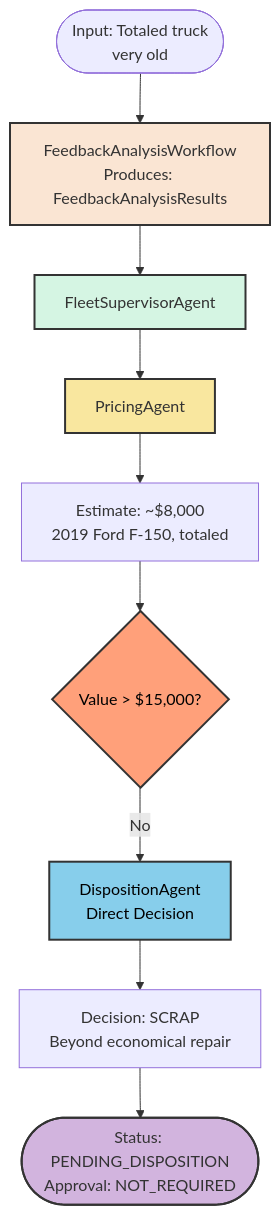
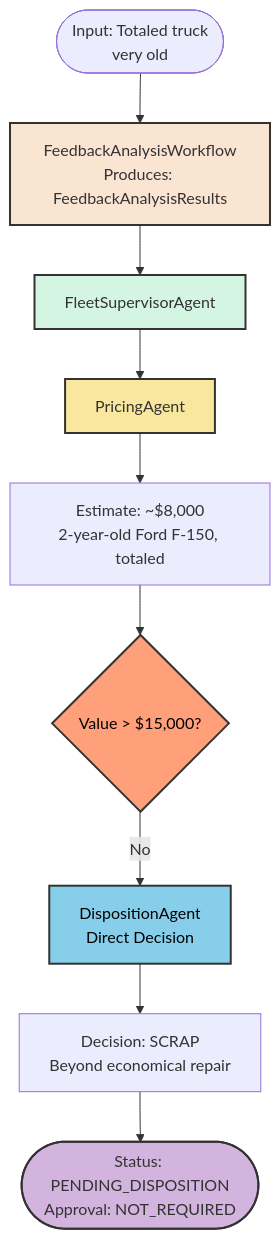
The fifth of 6 diagrams in docs/docs/section-2/step-05.md (quarkusio/quarkus-workshop-langchain4j), drawn with Mermaid before and after one commit. The commit also changed other lines of this file and 3 other files, not shown here.

````diff
--- a/docs/docs/section-2/step-05.md
+++ b/docs/docs/section-2/step-05.md
@@ -410,23 +410,23 @@
 ```mermaid
 flowchart TD
     Start(["Input: Totaled truck<br/>very old"])
 
     Start --> FW["FeedbackAnalysisWorkflow<br/>Produces: FeedbackAnalysisResults"]
 
     FW --> FSA["FleetSupervisorAgent"]
     FSA --> PA["PricingAgent"]
-    PA --> Value["Estimate: ~$8,000<br/>2019 Ford F-150, totaled"]
+    PA --> Value["Estimate: ~$8,000<br/>2-year-old Ford F-150, totaled"]
 
     Value --> Check{"Value > $15,000?"}
     Check -->|No| Direct["DispositionAgent<br/>Direct Decision"]
     Direct --> Decision["Decision: SCRAP<br/>Beyond economical repair"]
 
     Decision --> Result(["Status: PENDING_DISPOSITION<br/>Approval: NOT_REQUIRED"])
 
     style FW fill:#FAE5D3,stroke:#333,stroke-width:2,color:#333
     style FSA fill:#D5F5E3,stroke:#333,stroke-width:2,color:#333
     style PA fill:#F9E79F,stroke:#333,stroke-width:2,color:#333
     style Direct fill:#87CEEB,stroke:#333,stroke-width:2,color:#000
     style Check fill:#FFA07A,stroke:#333,stroke-width:2,color:#000
     style Result fill:#D2B4DE,stroke:#333,stroke-width:2,color:#333
 ```
````
